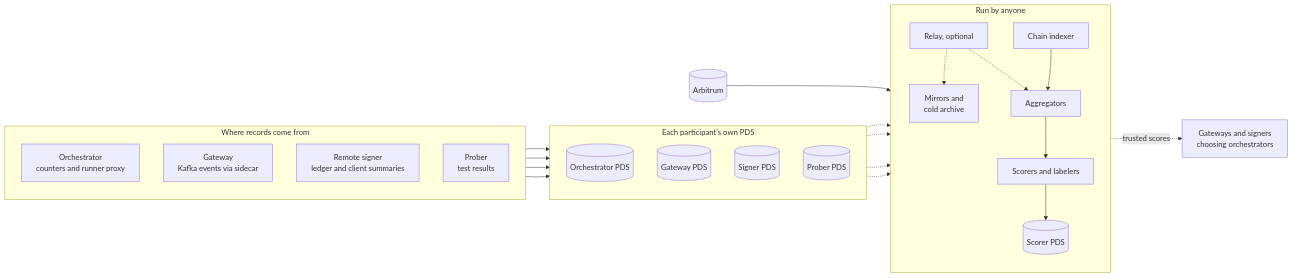
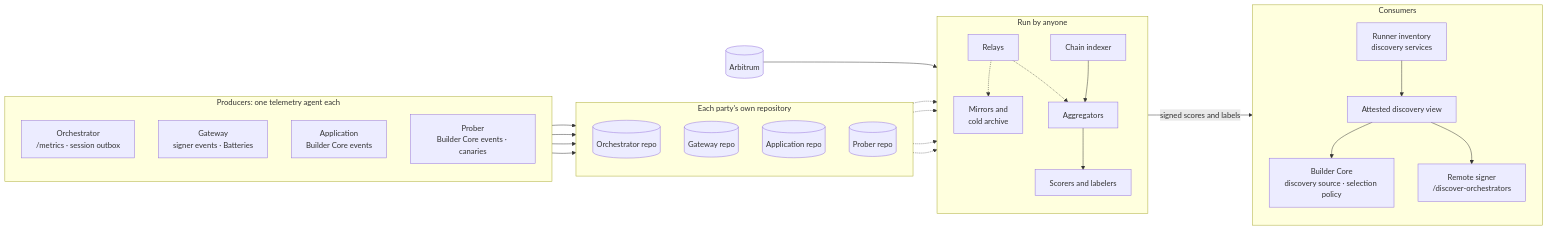
Before and after one commit to Cloud-SPE/Livepeer-AT-Protocol: the third of 3 diagrams in README.md, drawn with Mermaid. The commit also changed other lines of this file and 6 other files, not shown here.

````diff
--- a/README.md
+++ b/README.md
@@ -133,45 +210,54 @@
 ```mermaid
 flowchart LR
-  subgraph SRC["Where records come from"]
+  subgraph SRC["Producers: one telemetry agent each"]
     direction TB
-    O1["Orchestrator<br/>counters and runner proxy"]
-    G1["Gateway<br/>Kafka events via sidecar"]
-    S1["Remote signer<br/>ledger and client summaries"]
-    P1["Prober<br/>test results"]
+    O["Orchestrator<br/>/metrics · session outbox"]
+    G["Gateway<br/>signer events · Batteries"]
+    A["Application<br/>Builder Core events"]
+    P["Prober<br/>Builder Core events · canaries"]
   end
 
-  subgraph PDSS["Each participant's own PDS"]
+  subgraph REPO["Each party's own repository"]
     direction TB
-    O2[("Orchestrator PDS")]
-    G2[("Gateway PDS")]
-    S2[("Signer PDS")]
-    P2[("Prober PDS")]
+    O2[("Orchestrator repo")]
+    G2[("Gateway repo")]
+    A2[("Application repo")]
+    P2[("Prober repo")]
   end
 
   subgraph ANY["Run by anyone"]
     direction TB
-    RL["Relay, optional"]
+    RL["Relays"]
     MR["Mirrors and<br/>cold archive"]
+    IX["Chain indexer"]
     AG["Aggregators"]
-    IX["Chain indexer"]
     SC["Scorers and labelers"]
-    SP[("Scorer PDS")]
   end
 
   CH[("Arbitrum")]
-  USE["Gateways and signers<br/>choosing orchestrators"]
 
-  O1 --> O2
-  G1 --> G2
-  S1 --> S2
-  P1 --> P2
+  subgraph USE["Consumers"]
+    direction TB
+    INV["Runner inventory<br/>discovery services"]
+    VW["Attested discovery view"]
+    BC["Builder Core<br/>discovery source · selection policy"]
+    SG["Remote signer<br/>/discover-orchestrators"]
+  end
+
+  O --> O2
+  G --> G2
+  A --> A2
+  P --> P2
   O2 -.-> RL
   G2 -.-> RL
-  S2 -.-> RL
+  A2 -.-> RL
   P2 -.-> RL
   RL -.-> MR
   RL -.-> AG
   CH --> IX --> AG
-  AG --> SC --> SP
-  SP -.->|"trusted scores"| USE
+  AG --> SC
+  SC -->|"signed scores and labels"| VW
+  INV --> VW
+  VW --> BC
+  VW --> SG
 ```
````
